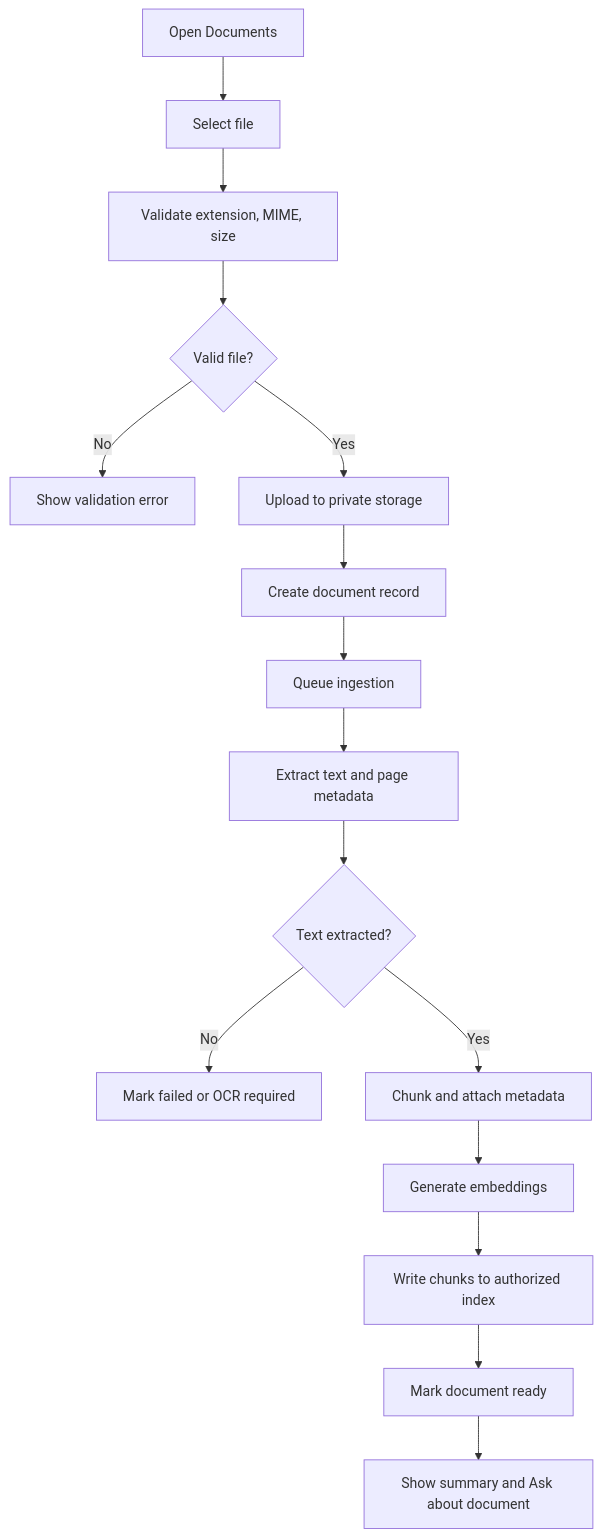
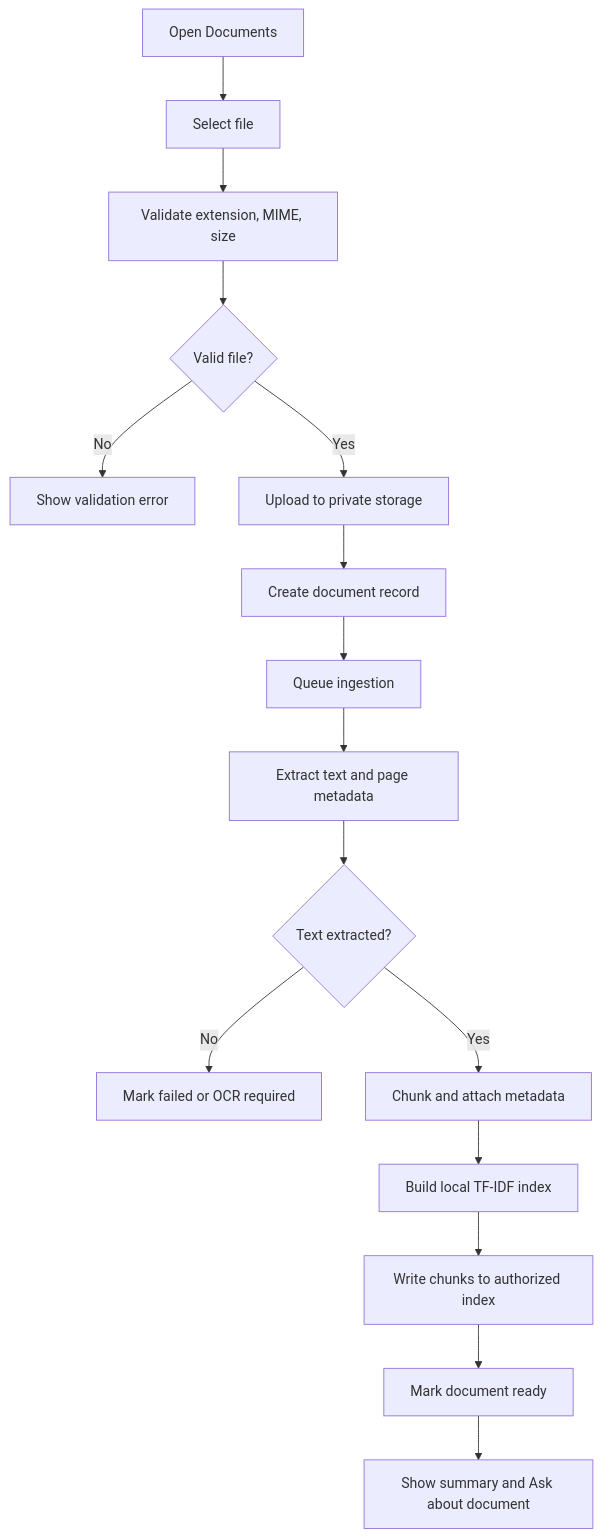
Before and after one commit to Janmejay2005/GAILSPRATAN: the third of 4 diagrams in GAILSPARTAN_APP_FLOW.md, drawn with Mermaid. The commit also changed other lines of this file and 7 other files, not shown here.

````diff
--- a/GAILSPARTAN_APP_FLOW.md
+++ b/GAILSPARTAN_APP_FLOW.md
@@ -149,18 +154,18 @@
 ``` mermaid
 flowchart TD
     A[Open Documents] --> B[Select file]
     B --> C[Validate extension, MIME, size]
     C --> D{Valid file?}
     D -- No --> E[Show validation error]
     D -- Yes --> F[Upload to private storage]
     F --> G[Create document record]
     G --> H[Queue ingestion]
     H --> I[Extract text and page metadata]
     I --> J{Text extracted?}
     J -- No --> K[Mark failed or OCR required]
     J -- Yes --> L[Chunk and attach metadata]
-    L --> M[Generate embeddings]
+    L --> M[Build local TF-IDF index]
     M --> N[Write chunks to authorized index]
     N --> O[Mark document ready]
     O --> P[Show summary and Ask about document]
 ```
````
